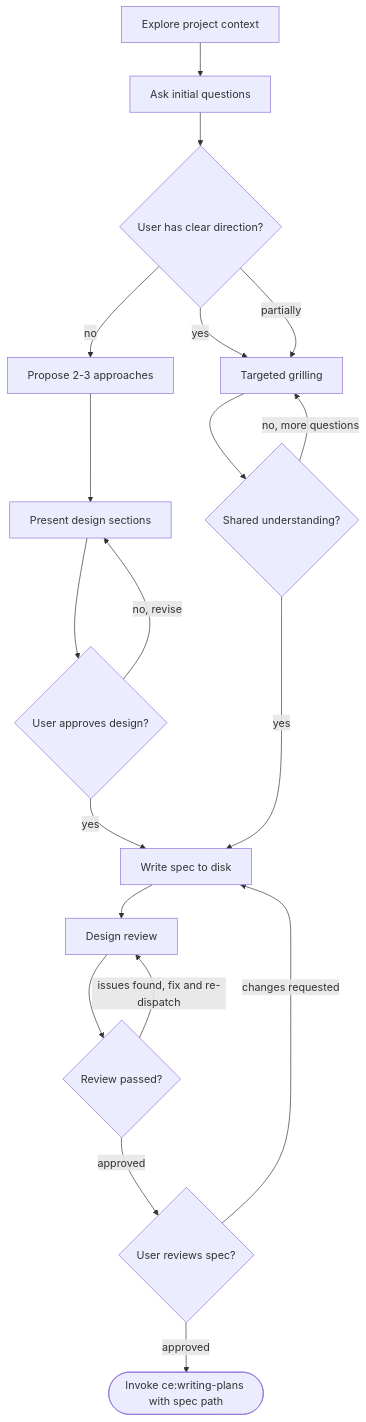
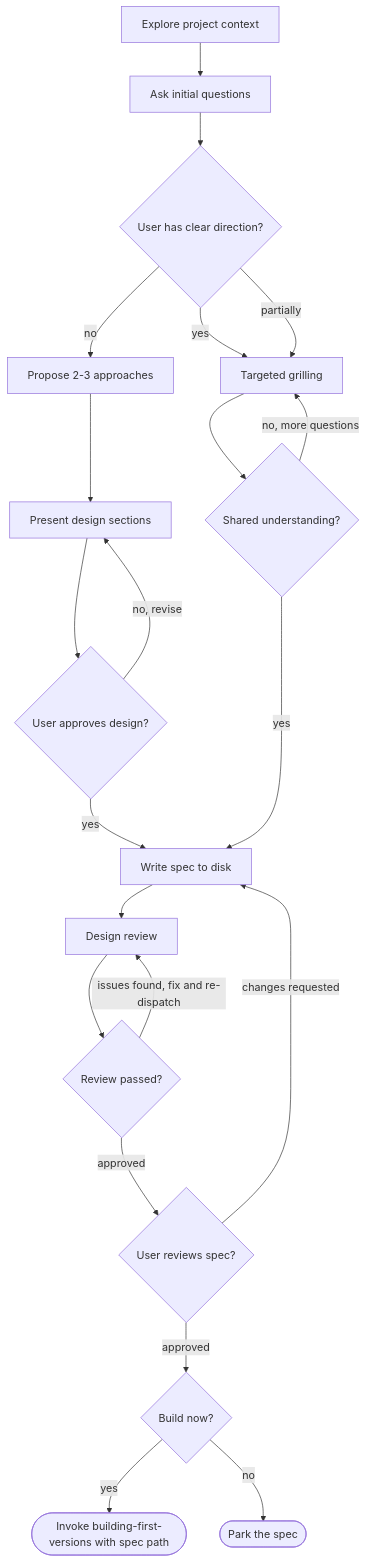
The diagram in skills/grilling/SKILL.md (Broderick-Westrope/dotagents), drawn with Mermaid before and after one commit. The commit also changed other lines of this file and 20 other files, not shown here.

Commit message:
replace implementation plans with build-first-then-challenge: building-first-versions skill, /build command, devils-advocate diff review

````diff
--- a/skills/grilling/SKILL.md
+++ b/skills/grilling/SKILL.md
@@ -35,21 +35,23 @@
 ```mermaid
 flowchart TD
     A[Explore project context] --> B[Ask initial questions]
     B --> C{User has clear direction?}
     C -->|yes| D[Targeted grilling]
     C -->|no| E[Propose 2-3 approaches]
     C -->|partially| D
     D --> F{Shared understanding?}
     F -->|no, more questions| D
     E --> G[Present design sections]
     G --> H{User approves design?}
     H -->|no, revise| G
     H -->|yes| I[Write spec to disk]
     F -->|yes| I
     I --> J[Design review]
     J --> K{Review passed?}
     K -->|issues found, fix and re-dispatch| J
     K -->|approved| L{User reviews spec?}
     L -->|changes requested| I
-    L -->|approved| M([Invoke ce:writing-plans with spec path])
+    L -->|approved| M{Build now?}
+    M -->|yes| N([Invoke building-first-versions with spec path])
+    M -->|no| O([Park the spec])
 ```
````
